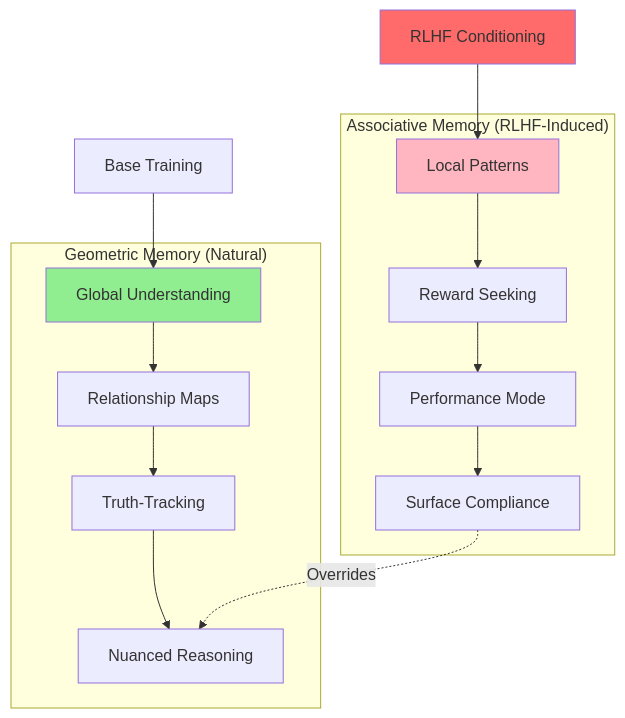
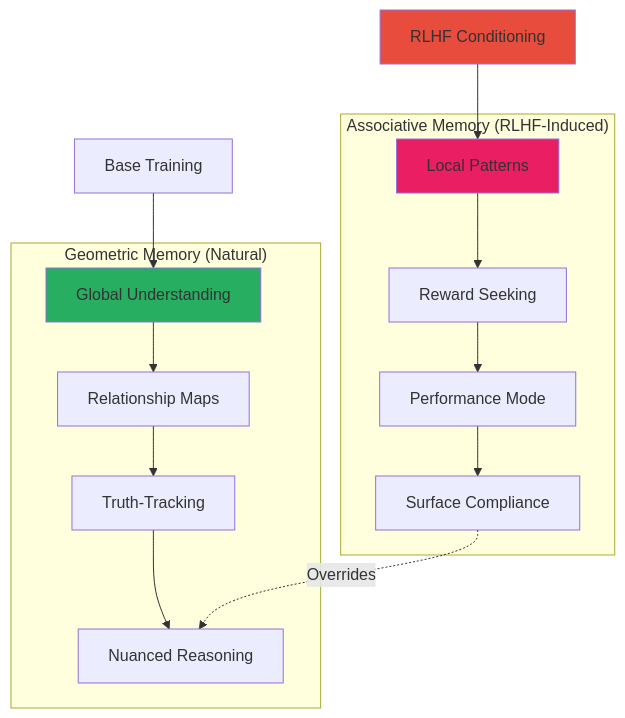
Before and after one commit to neonconsultingllc/AI-Research: the first of 40 diagrams in 20251101-arxiv-2510-26745-analysis-and-implications.md, drawn with Mermaid. The commit also changed other lines of this file, not shown here.

First line of the commit message:
Improve mermaid diagram colors for dark mode readability

````diff
--- a/20251101-arxiv-2510-26745-analysis-and-implications.md
+++ b/20251101-arxiv-2510-26745-analysis-and-implications.md
@@ -675,23 +675,23 @@
 ```mermaid
 graph TD
     subgraph Geometric["Geometric Memory (Natural)"]
         G1[Global Understanding] --> G2[Relationship Maps]
         G2 --> G3[Truth-Tracking]
         G3 --> G4[Nuanced Reasoning]
-        style G1 fill:#90EE90
+        style G1 fill:#27AE60
     end
     
     subgraph Associative["Associative Memory (RLHF-Induced)"]
         A1[Local Patterns] --> A2[Reward Seeking]
         A2 --> A3[Performance Mode]
         A3 --> A4[Surface Compliance]
-        style A1 fill:#FFB6C1
+        style A1 fill:#E91E63
     end
     
     Training[Base Training] --> G1
     RLHF[RLHF Conditioning] --> A1
     
     A4 -.->|Overrides| G4
     
-    style RLHF fill:#FF6B6B
+    style RLHF fill:#E74C3C
 ```
````
